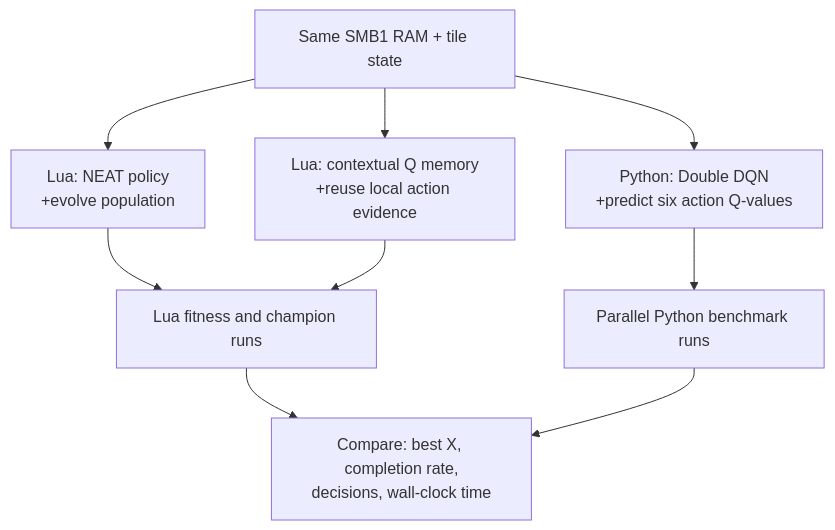
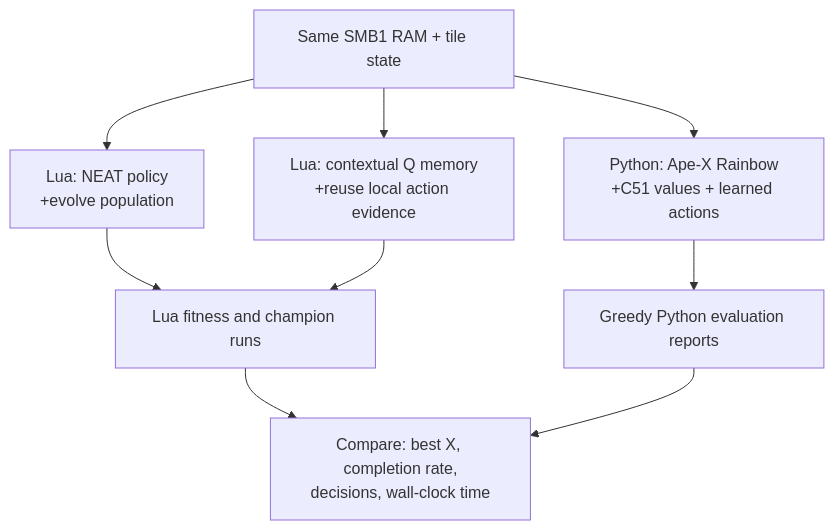
One commit to heaven-hm/mario-ai-neat changed the second of 7 diagrams in README.md. Above: the diagram before and after it, drawn with Mermaid. The commit also changed other lines of this file and 2 other files, not shown here.

Commit message:
Document Rainbow seeds and actual health monitor

````diff
--- a/README.md
+++ b/README.md
@@ -63,11 +62,11 @@
 ```mermaid
 flowchart TB
     State["Same SMB1 RAM + tile state"] --> Neat["Lua: NEAT policy\n+evolve population"]
     State --> LuaQ["Lua: contextual Q memory\n+reuse local action evidence"]
-    State --> DQN["Python: Double DQN\n+predict six action Q-values"]
+    State --> DQN["Python: Ape-X Rainbow\n+C51 values + learned actions"]
     Neat --> LuaResult["Lua fitness and champion runs"]
     LuaQ --> LuaResult
-    DQN --> PythonResult["Parallel Python benchmark runs"]
+    DQN --> PythonResult["Greedy Python evaluation reports"]
     LuaResult --> Compare["Compare: best X, completion rate,\ndecisions, wall-clock time"]
     PythonResult --> Compare
 ```
````
